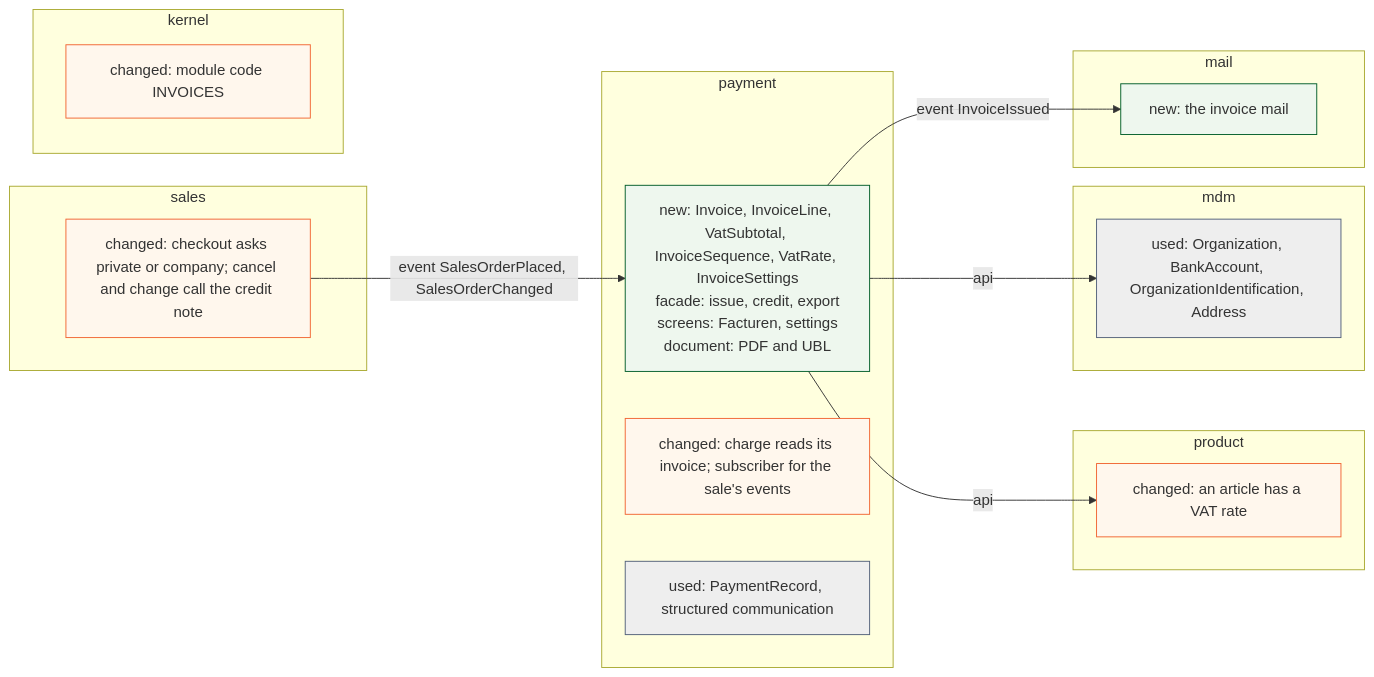
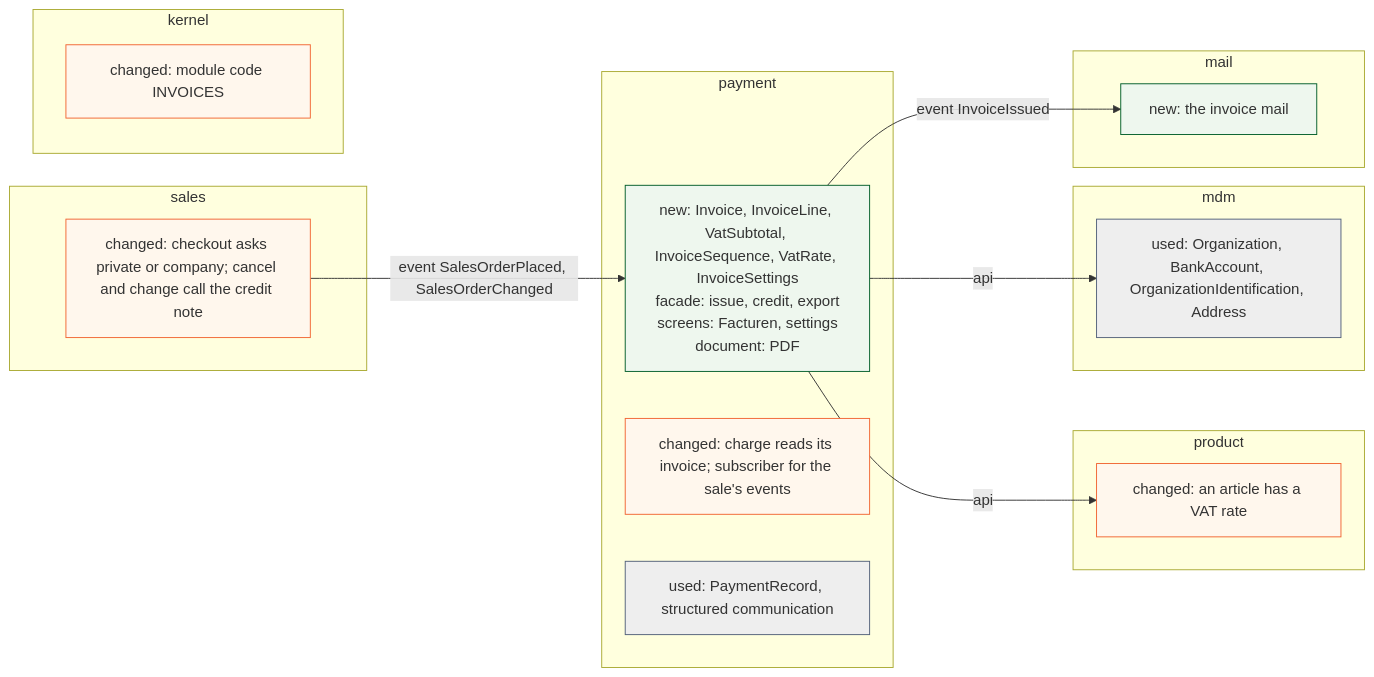
Before and after one commit to KoenRenders/KoenTest: the fourth of 5 diagrams in docs/change_request_34_invoices.md, drawn with Mermaid. The commit also changed other lines of this file, not shown here.

First line of the commit message:
docs(cr-34): Peppol moves to CR-35; Q4 answered, the brand's name and logo on the invoice

````diff
--- a/docs/change_request_34_invoices.md
+++ b/docs/change_request_34_invoices.md
@@ -276,30 +276,30 @@
 ```mermaid
 flowchart LR
   subgraph PAY["payment"]
-    pn["new: Invoice, InvoiceLine, VatSubtotal, InvoiceSequence, VatRate, InvoiceSettings<br/>facade: issue, credit, export<br/>screens: Facturen, settings<br/>document: PDF and UBL"]:::new
+    pn["new: Invoice, InvoiceLine, VatSubtotal, InvoiceSequence, VatRate, InvoiceSettings<br/>facade: issue, credit, export<br/>screens: Facturen, settings<br/>document: PDF"]:::new
     pc["changed: charge reads its invoice; subscriber for the sale's events"]:::chg
     pu["used: PaymentRecord, structured communication"]:::use
   end
   subgraph SAL["sales"]
     sc["changed: checkout asks private or company; cancel and change call the credit note"]:::chg
   end
   subgraph PRO["product"]
     prc["changed: an article has a VAT rate"]:::chg
   end
   subgraph MDM["mdm"]
     mu["used: Organization, BankAccount, OrganizationIdentification, Address"]:::use
   end
   subgraph MAIL["mail"]
     mc["new: the invoice mail"]:::new
   end
   subgraph KER["kernel"]
     kc["changed: module code INVOICES"]:::chg
   end
   sc -->|event SalesOrderPlaced, SalesOrderChanged| pn
   pn -->|api| mu
   pn -->|api| prc
   pn -->|event InvoiceIssued| mc
   classDef new fill:#eef7ee,stroke:#005d29
   classDef chg fill:#fff7ed,stroke:#f16532
   classDef use fill:#eeeeee,stroke:#52607a
 ```
````
